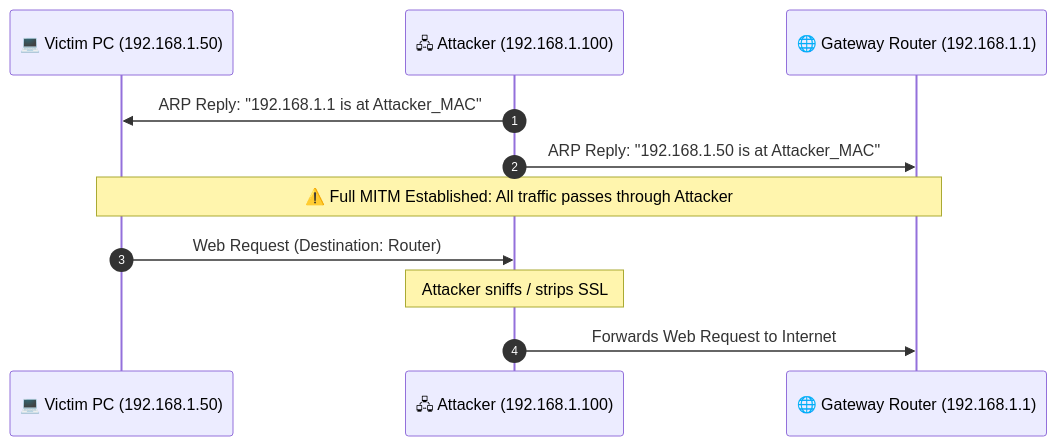
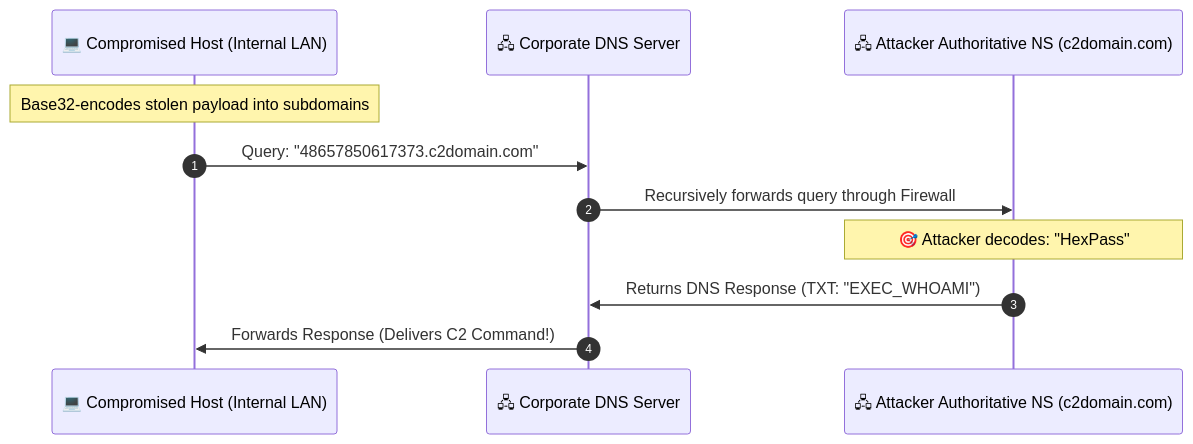
The second of 2 diagrams in README.md (DaddyZyn/Cyber-security-notes), drawn with Mermaid before and after one commit. The commit also changed other lines of this file and 3 other files, not shown here.

````diff
--- a/README.md
+++ b/README.md
@@ -60,14 +75,14 @@
 ```mermaid
 sequenceDiagram
     autonumber
-    participant Victim as 💻 Victim PC (192.168.1.50)
-    participant Attacker as 🖧 Attacker (192.168.1.100)
-    participant Router as 🌐 Gateway Router (192.168.1.1)
+    participant Malware as 💻 Compromised Host (Internal LAN)
+    participant CorpDNS as 🖧 Corporate DNS Server
+    participant C2 as 🖧 Attacker Authoritative NS (c2domain.com)
 
-    Attacker->>Victim: ARP Reply: "192.168.1.1 is at Attacker_MAC"
-    Attacker->>Router: ARP Reply: "192.168.1.50 is at Attacker_MAC"
-    Note over Victim,Router: ⚠️ Full MITM Established: All traffic passes through Attacker
-    Victim->>Attacker: Web Request (Destination: Router)
-    Note over Attacker: Attacker sniffs / strips SSL
-    Attacker->>Router: Forwards Web Request to Internet
+    Note over Malware: Base32-encodes stolen payload into subdomains
+    Malware->>CorpDNS: Query: "48657850617373.c2domain.com"
+    CorpDNS->>C2: Recursively forwards query through Firewall
+    Note over C2: 🎯 Attacker decodes: "HexPass"
+    C2->>CorpDNS: Returns DNS Response (TXT: "EXEC_WHOAMI")
+    CorpDNS->>Malware: Forwards Response (Delivers C2 Command!)
 ```
````
